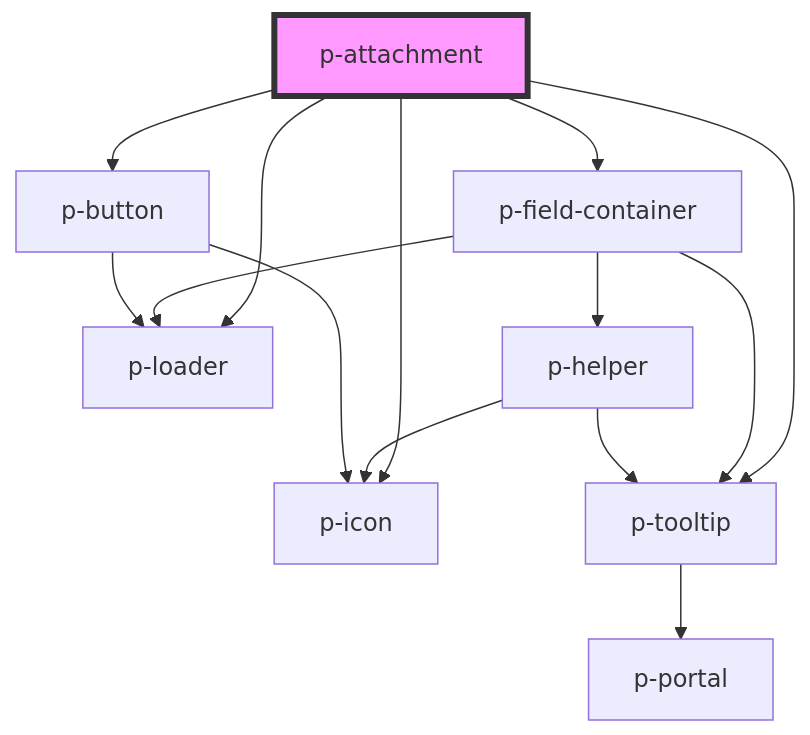
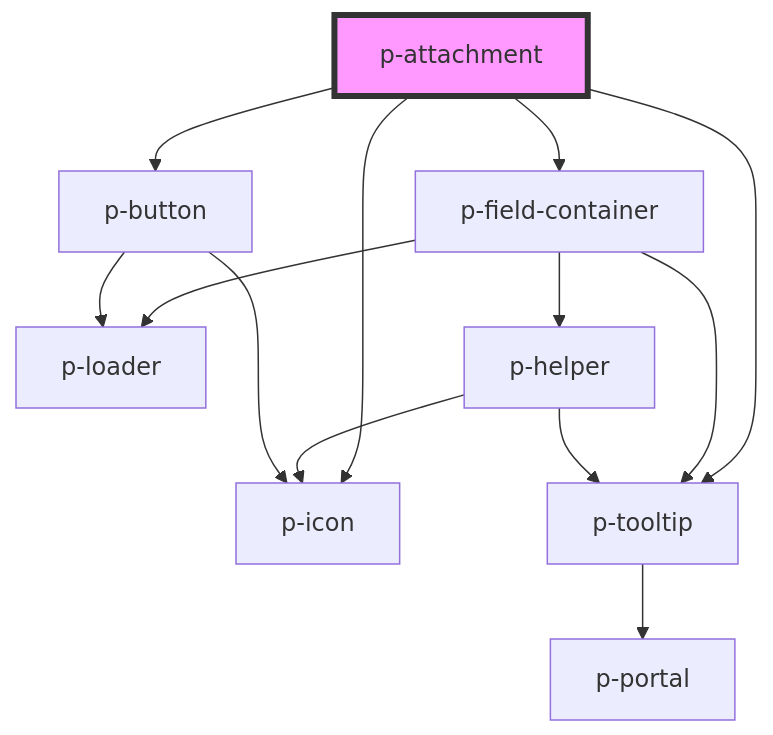
One commit to Employes/Paperless changed the diagram in packages/core/src/components/molecules/attachment/readme.md. Above: the diagram before and after it, drawn with Mermaid. The commit also changed other lines of this file and 2 other files, not shown here.

Commit message:
fix(molecules/attachment): Don't show loader in prefix

````diff
--- a/packages/core/src/components/molecules/attachment/readme.md
+++ b/packages/core/src/components/molecules/attachment/readme.md
@@ -49,17 +48,16 @@
 ```mermaid
 graph TD;
   p-attachment --> p-icon
-  p-attachment --> p-loader
   p-attachment --> p-field-container
   p-attachment --> p-tooltip
   p-attachment --> p-button
   p-field-container --> p-loader
   p-field-container --> p-helper
   p-field-container --> p-tooltip
   p-helper --> p-tooltip
   p-helper --> p-icon
   p-tooltip --> p-portal
   p-button --> p-icon
   p-button --> p-loader
   style p-attachment fill:#f9f,stroke:#333,stroke-width:4px
 ```
````
